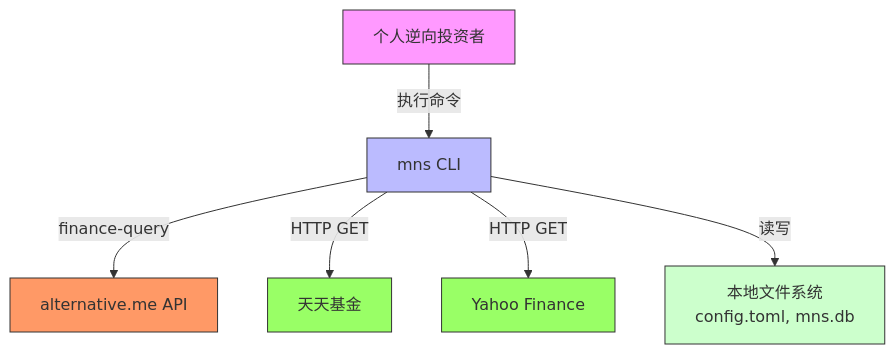
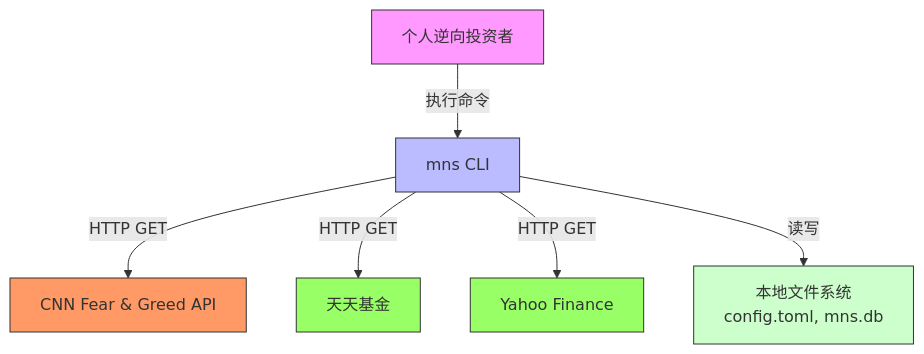
The diagram in litho.docs/1、项目概述.md (sopaco/money-never-sleep), drawn with Mermaid before and after one commit. The commit also changed other lines of this file and 20 other files, not shown here.

First line of the commit message:
Switch to CNN API for stock market Fear & Greed Index

````diff
--- a/litho.docs/1、项目概述.md
+++ b/litho.docs/1、项目概述.md
@@ -131,15 +131,15 @@
 ```mermaid
 graph TD
     A[个人逆向投资者] -->|执行命令| B[mns CLI]
-    B -->|finance-query| C[alternative.me API]
+    B -->|HTTP GET| C[CNN Fear & Greed API]
     B -->|HTTP GET| D[天天基金]
     B -->|HTTP GET| E[Yahoo Finance]
     B -->|读写| F[本地文件系统<br/>config.toml, mns.db]
 
     style A fill:#f9f,stroke:#333
     style B fill:#bbf,stroke:#333
     style C fill:#f96,stroke:#333
     style D fill:#9f6,stroke:#333
     style E fill:#9f6,stroke:#333
     style F fill:#cfc,stroke:#333
 ```
````
